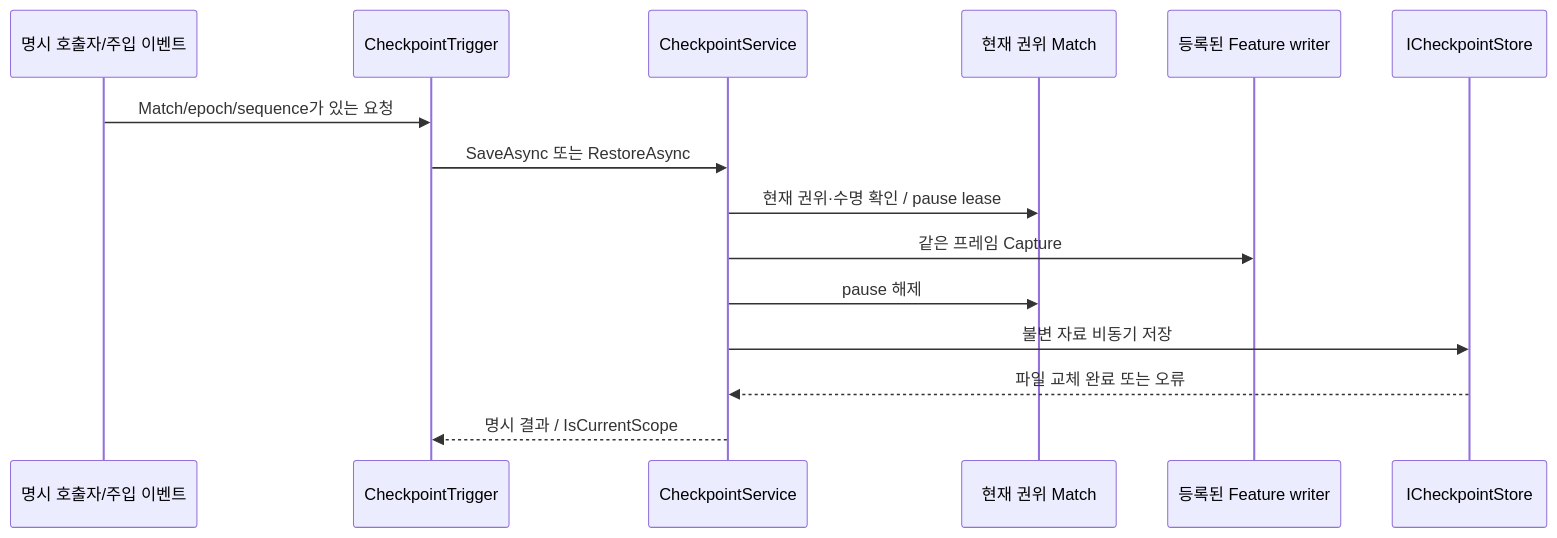
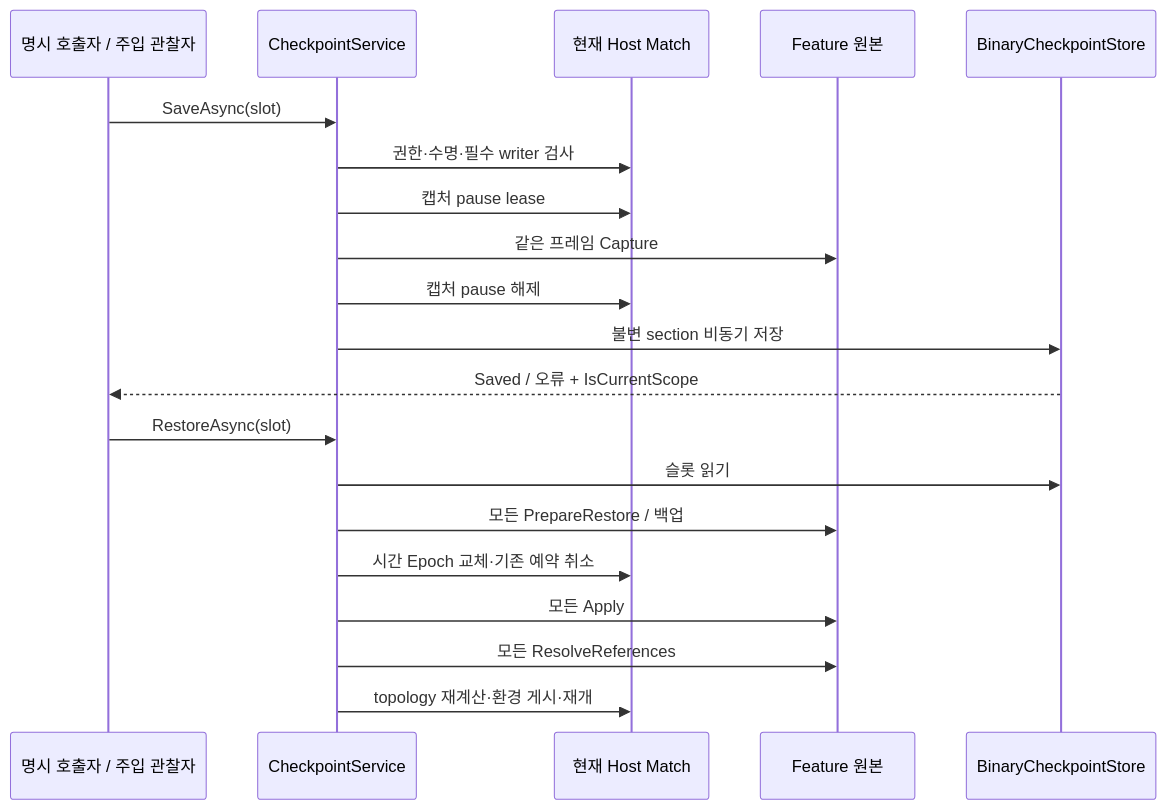
The diagram in Docs/architecture/checkpoint-execution-api.md (Team-HJD-21/unity-6-the-developer), drawn with Mermaid before and after one commit. The commit also changed other lines of this file and 53 other files, not shown here.

````diff
--- a/Docs/architecture/checkpoint-execution-api.md
+++ b/Docs/architecture/checkpoint-execution-api.md
@@ -9,17 +11,22 @@
 ```mermaid
 sequenceDiagram
-    participant Caller as 명시 호출자/주입 이벤트
-    participant Trigger as CheckpointTrigger
+    participant Caller as 명시 호출자 / 주입 관찰자
     participant Service as CheckpointService
-    participant Runtime as 현재 권위 Match
-    participant Feature as 등록된 Feature writer
-    participant Store as ICheckpointStore
-    Caller->>Trigger: Match/epoch/sequence가 있는 요청
-    Trigger->>Service: SaveAsync 또는 RestoreAsync
-    Service->>Runtime: 현재 권위·수명 확인 / pause lease
-    Service->>Feature: 같은 프레임 Capture
-    Service->>Runtime: pause 해제
-    Service->>Store: 불변 자료 비동기 저장
-    Store-->>Service: 파일 교체 완료 또는 오류
-    Service-->>Trigger: 명시 결과 / IsCurrentScope
+    participant Runtime as 현재 Host Match
+    participant Writers as Feature 원본
+    participant Store as BinaryCheckpointStore
+    Caller->>Service: SaveAsync(slot)
+    Service->>Runtime: 권한·수명·필수 writer 검사
+    Service->>Runtime: 캡처 pause lease
+    Service->>Writers: 같은 프레임 Capture
+    Service->>Runtime: 캡처 pause 해제
+    Service->>Store: 불변 section 비동기 저장
+    Store-->>Caller: Saved / 오류 + IsCurrentScope
+    Caller->>Service: RestoreAsync(slot)
+    Service->>Store: 슬롯 읽기
+    Service->>Writers: 모든 PrepareRestore / 백업
+    Service->>Runtime: 시간 Epoch 교체·기존 예약 취소
+    Service->>Writers: 모든 Apply
+    Service->>Writers: 모든 ResolveReferences
+    Service->>Runtime: topology 재계산·환경 게시·재개
 ```
````
